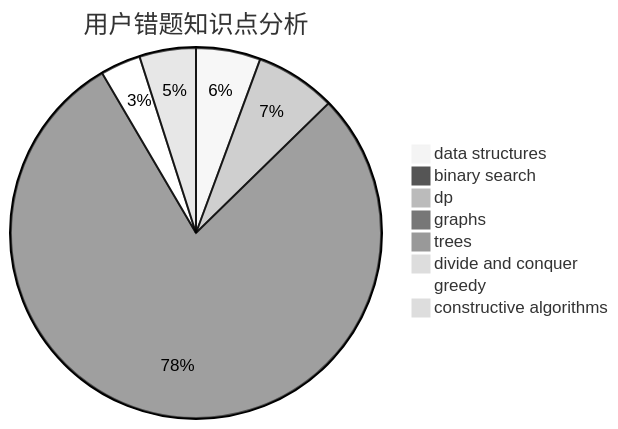
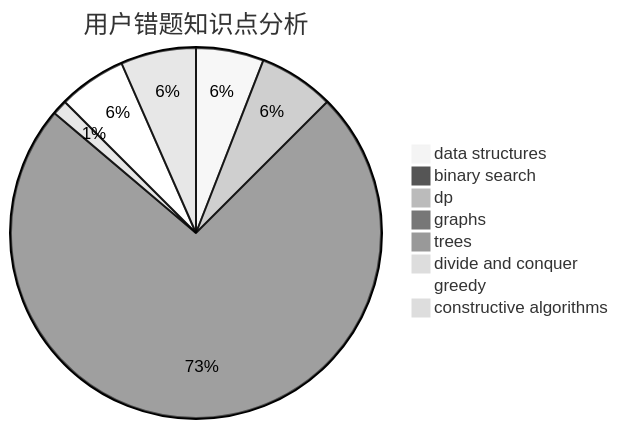
The third of 3 diagrams in docs/user/u245.md (sherpahu/cfrs.github.io), drawn with Mermaid (neutral theme) before and after one commit. The commit also changed other lines of this file and 2770 other files, not shown here.

````diff
--- a/docs/user/u245.md
+++ b/docs/user/u245.md
@@ -36,11 +36,11 @@
 ```mermaid
 pie title 用户错题知识点分析
-    "data structures" :  8
+    "data structures" :  9
     "binary search" :  1
     "dp" :  10
     "graphs" :  112
     "trees" :  1
-    "divide and conquer" :  0
-    "greedy" :  5
-    "constructive algorithms" :  7
+    "divide and conquer" :  2
+    "greedy" :  9
+    "constructive algorithms" :  10
 ```
````
